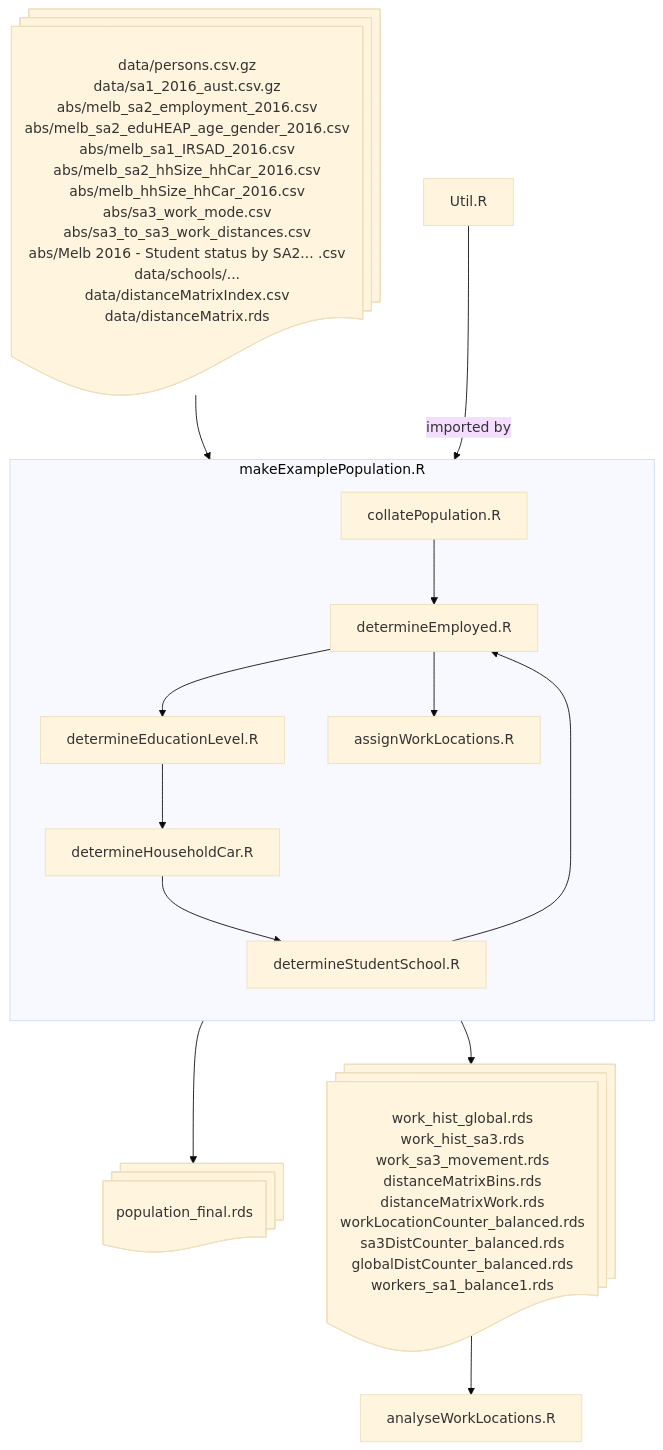
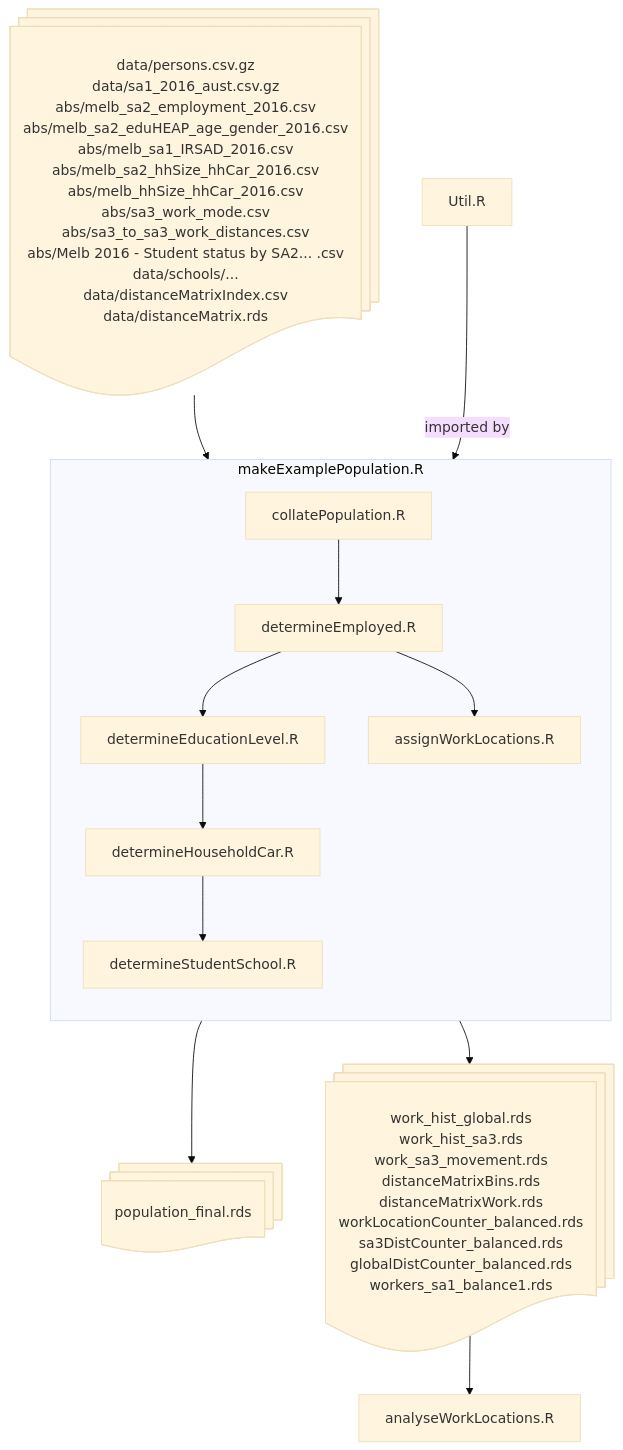
Before and after one commit to jibeproject/syntheticPopulationMelbourne: the diagram in README.md, drawn with Mermaid (base theme).

Commit message:
updated readme describing #5

````diff
--- a/README.md
+++ b/README.md
@@ -4,20 +4,20 @@
 ```mermaid
 flowchart TD
     subgraph makeExamplePopulation.R
         direction TB 
         collatePopulation.R -->
         determineEmployed.R -->
         determineEducationLevel.R -->
         determineHouseholdCar.R -->
-        determineStudentSchool.R -->
+        determineStudentSchool.R
         determineEmployed.R -->
         assignWorkLocations.R
     end
     input@{ shape: docs, label: "data/persons.csv.gz\ndata/sa1_2016_aust.csv.gz\nabs/melb_sa2_employment_2016.csv\nabs/melb_sa2_eduHEAP_age_gender_2016.csv\nabs/melb_sa1_IRSAD_2016.csv\nabs/melb_sa2_hhSize_hhCar_2016.csv\nabs/melb_hhSize_hhCar_2016.csv\nabs/sa3_work_mode.csv\nabs/sa3_to_sa3_work_distances.csv\nabs/Melb 2016 - Student status by SA2... .csv\ndata/schools/...\ndata/distanceMatrixIndex.csv\ndata/distanceMatrix.rds"}--> makeExamplePopulation.R
     Util.R--imported by-->makeExamplePopulation.R
     makeExamplePopulation.R -->
     population@{ shape: docs, label: "population_final.rds"}
     makeExamplePopulation.R -->
     workData@{ shape: docs, label: "work_hist_global.rds\nwork_hist_sa3.rds\nwork_sa3_movement.rds\ndistanceMatrixBins.rds\ndistanceMatrixWork.rds\nworkLocationCounter_balanced.rds\nsa3DistCounter_balanced.rds\nglobalDistCounter_balanced.rds\nworkers_sa1_balance1.rds"} -->
     analyseWorkLocations.R
 ```
````
